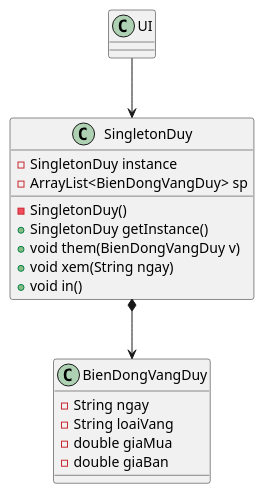
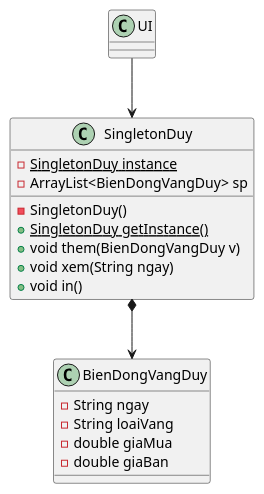
Before and after one commit to duy-debug/design-patterns: the diagram in 65130650_TranMaiNgocDuy/src/onthigk/singleton/giavang/giavang_diagram.puml, drawn with PlantUML. The commit also changed 54 other files, not shown here.

```diff
--- a/65130650_TranMaiNgocDuy/src/onthigk/singleton/giavang/giavang_diagram.puml
+++ b/65130650_TranMaiNgocDuy/src/onthigk/singleton/giavang/giavang_diagram.puml
@@ -1,21 +1,21 @@
 @startuml
 'https://plantuml.com/class-diagram
 class BienDongVangDuy{
 - String ngay
 - String loaiVang
 - double giaMua
 - double giaBan
 }
 class SingletonDuy{
-- SingletonDuy instance
+- {static}SingletonDuy instance
 - ArrayList<BienDongVangDuy> sp
 - SingletonDuy()
-+ SingletonDuy getInstance()
++ {static}SingletonDuy getInstance()
 + void them(BienDongVangDuy v)
 + void xem(String ngay)
 + void in()
 }
 class UI
 SingletonDuy *--> BienDongVangDuy
 UI --> SingletonDuy
 @enduml
```
